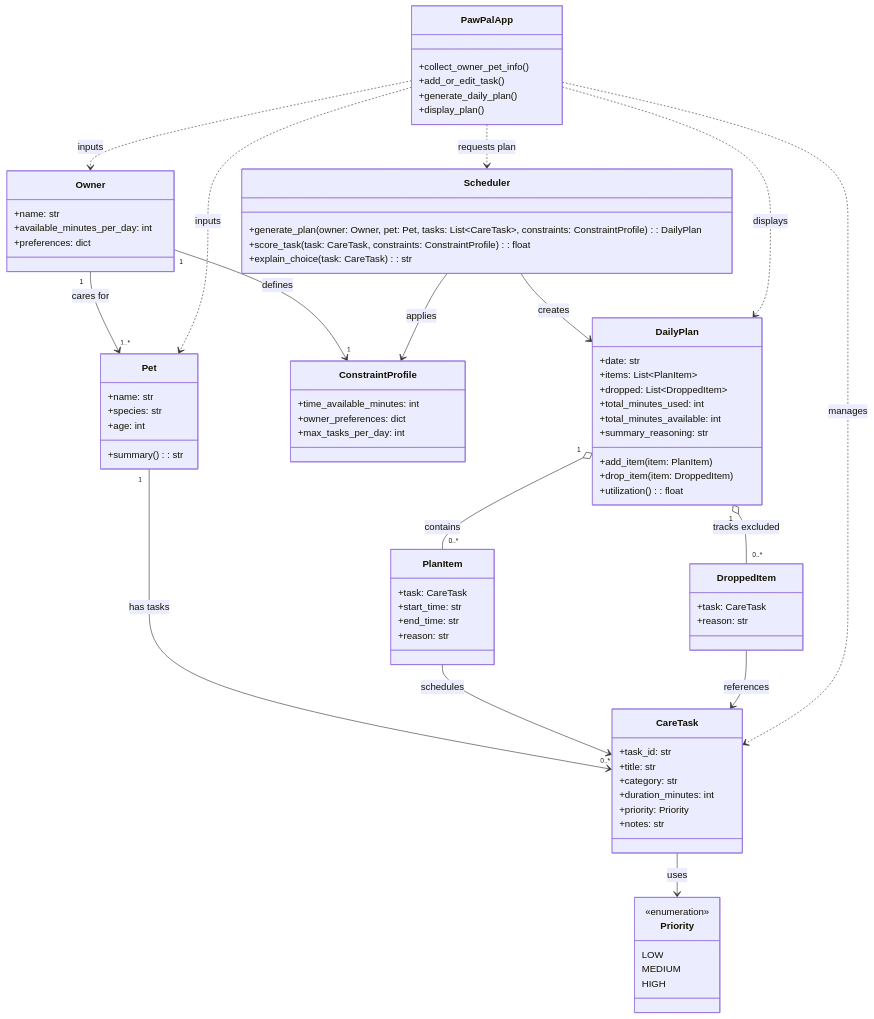
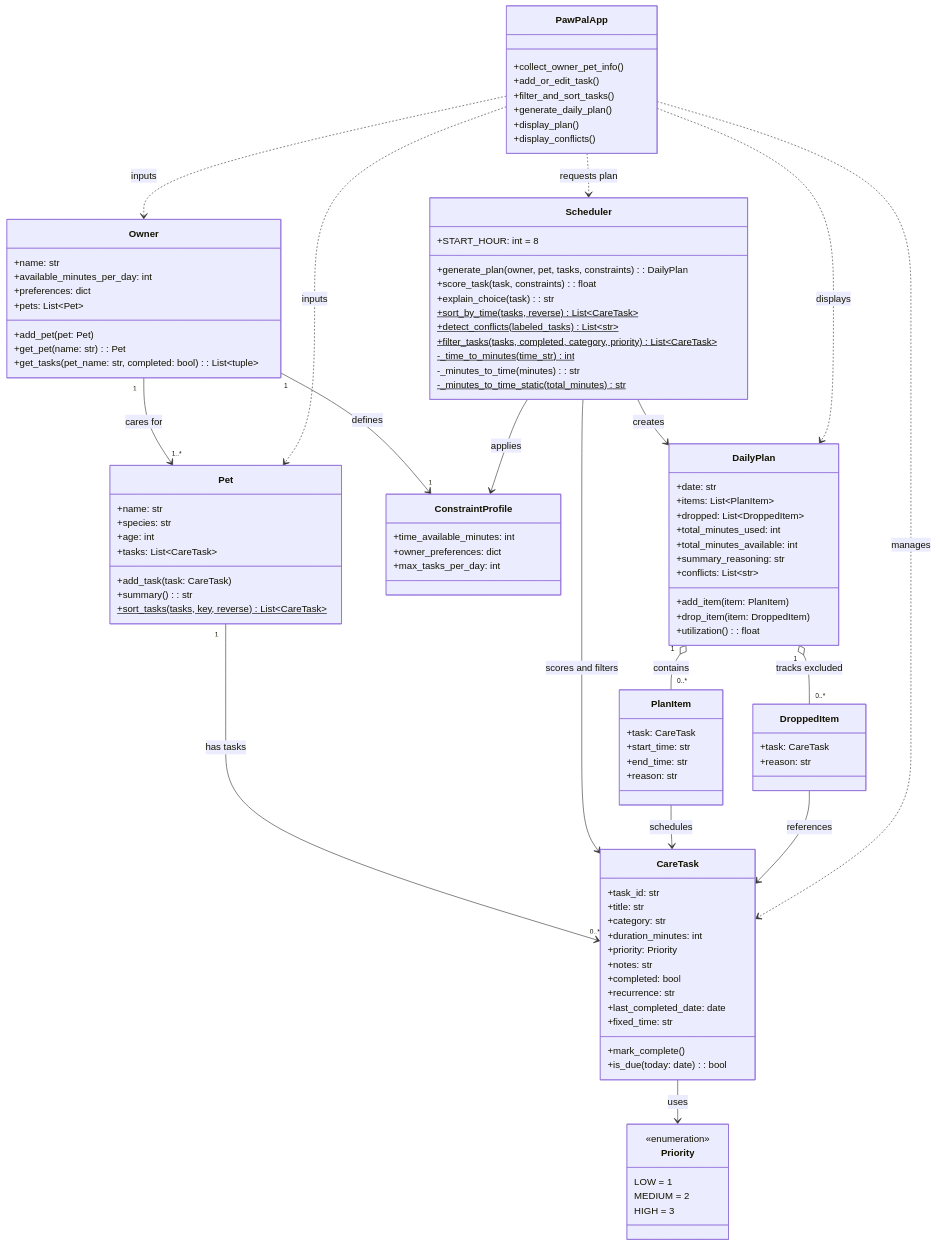
One commit to bamiboy237/ai110-module2show-pawpal-starter changed the diagram in pawpal_uml.mmd. Above: the diagram before and after it, drawn with Mermaid. The commit also changed 8 other files, not shown here.

Commit message:
feat: enhance README with detailed features, add demo images, and update UML diagram; improve app.py for task sorting and conflict detection

```diff
--- a/pawpal_uml.mmd
+++ b/pawpal_uml.mmd
@@ -1,88 +1,112 @@
 classDiagram
     class PawPalApp {
       +collect_owner_pet_info()
       +add_or_edit_task()
+      +filter_and_sort_tasks()
       +generate_daily_plan()
       +display_plan()
+      +display_conflicts()
     }
 
     class Owner {
       +name: str
       +available_minutes_per_day: int
       +preferences: dict
+      +pets: List~Pet~
+      +add_pet(pet: Pet)
+      +get_pet(name: str): Pet
+      +get_tasks(pet_name: str, completed: bool): List~tuple~
     }
 
     class Pet {
       +name: str
       +species: str
       +age: int
+      +tasks: List~CareTask~
+      +add_task(task: CareTask)
       +summary(): str
+      +sort_tasks(tasks, key, reverse)$ List~CareTask~
     }
 
     class CareTask {
       +task_id: str
       +title: str
       +category: str
       +duration_minutes: int
       +priority: Priority
       +notes: str
+      +completed: bool
+      +recurrence: str
+      +last_completed_date: date
+      +fixed_time: str
+      +mark_complete()
+      +is_due(today: date): bool
     }
 
     class Priority {
       <<enumeration>>
-      LOW
-      MEDIUM
-      HIGH
+      LOW = 1
+      MEDIUM = 2
+      HIGH = 3
     }
 
     class ConstraintProfile {
       +time_available_minutes: int
       +owner_preferences: dict
       +max_tasks_per_day: int
     }
 
     class Scheduler {
-      +generate_plan(owner: Owner, pet: Pet, tasks: List~CareTask~, constraints: ConstraintProfile): DailyPlan
-      +score_task(task: CareTask, constraints: ConstraintProfile): float
-      +explain_choice(task: CareTask): str
+      +START_HOUR: int = 8
+      +generate_plan(owner, pet, tasks, constraints): DailyPlan
+      +score_task(task, constraints): float
+      +explain_choice(task): str
+      +sort_by_time(tasks, reverse)$ List~CareTask~
+      +detect_conflicts(labeled_tasks)$ List~str~
+      +filter_tasks(tasks, completed, category, priority)$ List~CareTask~
+      -_time_to_minutes(time_str)$ int
+      -_minutes_to_time(minutes): str
+      -_minutes_to_time_static(total_minutes)$ str
     }
 
     class PlanItem {
       +task: CareTask
       +start_time: str
       +end_time: str
       +reason: str
     }
 
     class DroppedItem {
       +task: CareTask
       +reason: str
     }
 
     class DailyPlan {
       +date: str
       +items: List~PlanItem~
       +dropped: List~DroppedItem~
       +total_minutes_used: int
       +total_minutes_available: int
       +summary_reasoning: str
+      +conflicts: List~str~
       +add_item(item: PlanItem)
       +drop_item(item: DroppedItem)
       +utilization(): float
     }
 
     Owner "1" --> "1..*" Pet : cares for
     Pet "1" --> "0..*" CareTask : has tasks
     CareTask --> Priority : uses
     Owner "1" --> "1" ConstraintProfile : defines
     Scheduler --> ConstraintProfile : applies
     Scheduler --> DailyPlan : creates
+    Scheduler --> CareTask : scores and filters
     DailyPlan "1" o-- "0..*" PlanItem : contains
     DailyPlan "1" o-- "0..*" DroppedItem : tracks excluded
     PlanItem --> CareTask : schedules
     DroppedItem --> CareTask : references
     PawPalApp ..> Owner : inputs
     PawPalApp ..> Pet : inputs
     PawPalApp ..> CareTask : manages
     PawPalApp ..> Scheduler : requests plan
     PawPalApp ..> DailyPlan : displays
```
